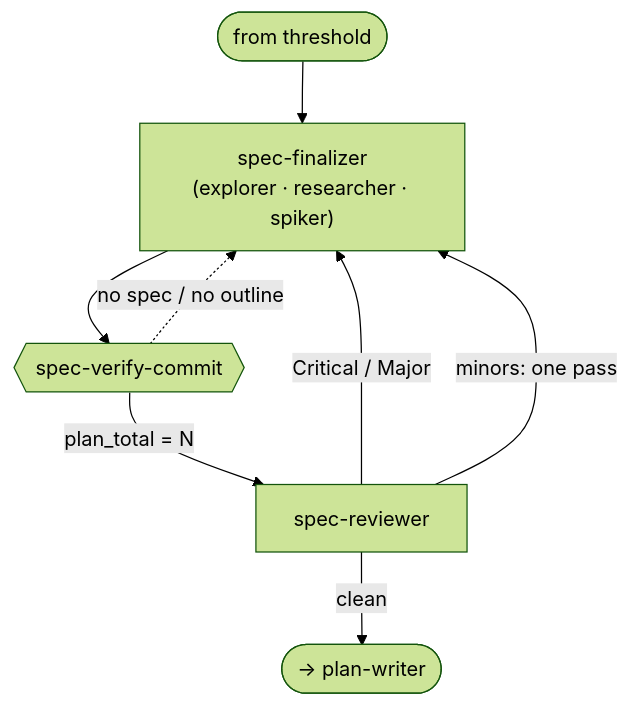
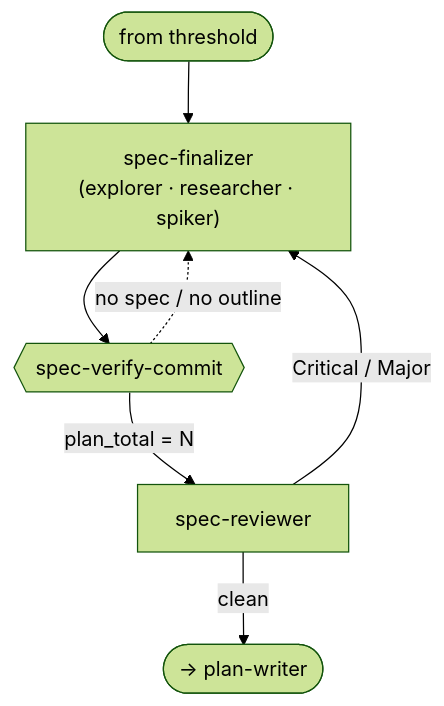
The ninth of 13 diagrams in docs/internals/architecture.md (jpoimboe/imp), drawn with Mermaid (forest theme) before and after one commit. The commit also changed other lines of this file and 1 other file, not shown here.

First line of the commit message:
docs: retire the minors pass from the spec and plan review diagrams

````diff
--- a/docs/internals/architecture.md
+++ b/docs/internals/architecture.md
@@ -194,10 +195,9 @@
 ```mermaid
 flowchart TD
   in([from threshold]) --> SF["spec-finalizer<br/>(explorer · researcher · spiker)"]
   SF --> SVC{{"spec-verify-commit"}}
   SVC -. "no spec / no outline" .-> SF
   SVC -->|"plan_total = N"| SR["spec-reviewer"]
   SR -->|"Critical / Major"| SF
-  SR -->|"minors: one pass"| SF
   SR -->|clean| out([→ plan-writer])
 ```
````
